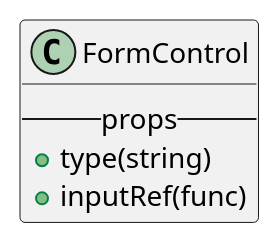
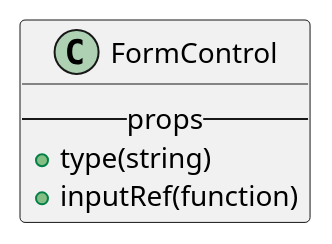
The diagram in react/bootstrap/formcontrol.iuml (M9k/Marvin-Uml), drawn with PlantUML before and after one commit. The commit also changed 14 other files, not shown here.

```diff
--- a/react/bootstrap/formcontrol.iuml
+++ b/react/bootstrap/formcontrol.iuml
@@ -1,5 +1,5 @@
 class FormControl{
     --props--
     + type(string)
-    + inputRef(func)
+    + inputRef(function)
 }
```
